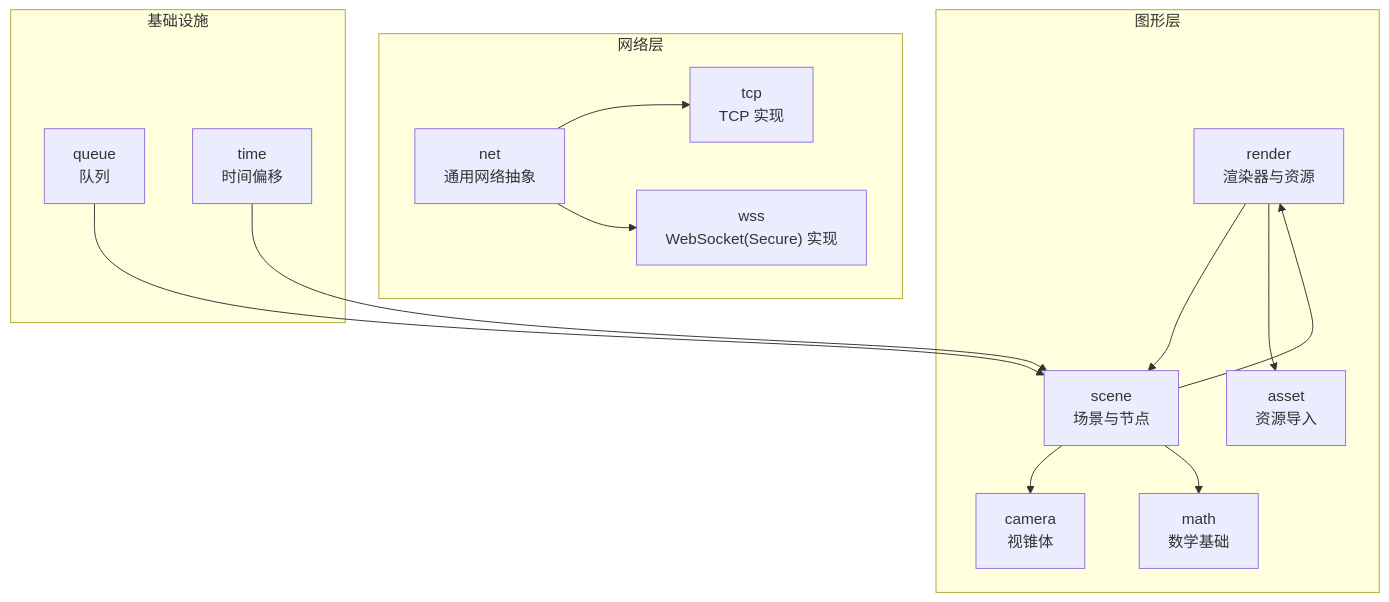
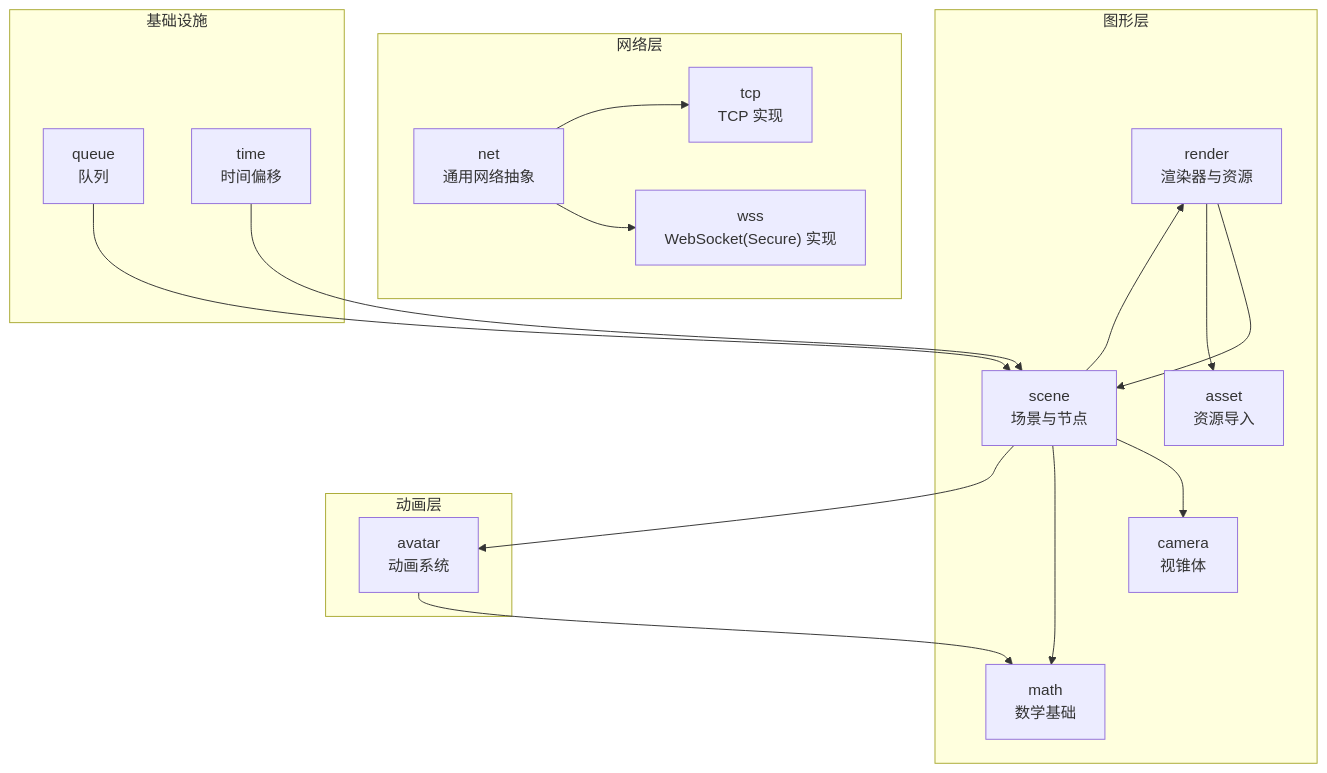
Before and after one commit to qianqians/geese: the first of 6 diagrams in .qoder/repowiki/zh/content/扩展开发.md, drawn with Mermaid. The commit also changed other lines of this file and 18 other files, not shown here.

````diff
--- a/.qoder/repowiki/zh/content/扩展开发.md
+++ b/.qoder/repowiki/zh/content/扩展开发.md
@@ -53,28 +55,33 @@
 ```mermaid
 graph TB
 subgraph "图形层"
 R["render<br/>渲染器与资源"]
 S["scene<br/>场景与节点"]
 C["camera<br/>视锥体"]
 M["math<br/>数学基础"]
 A["asset<br/>资源导入"]
+end
+subgraph "动画层"
+AV["avatar<br/>动画系统"]
 end
 subgraph "网络层"
 N["net<br/>通用网络抽象"]
 T["tcp<br/>TCP 实现"]
 W["wss<br/>WebSocket(Secure) 实现"]
 end
 subgraph "基础设施"
 Q["queue<br/>队列"]
 TI["time<br/>时间偏移"]
 end
 R --> S
 S --> C
 S --> M
 R --> A
+S --> AV
+AV --> M
 N --> T
 N --> W
 S --> R
 TI --> S
 Q --> S
 ```
````
